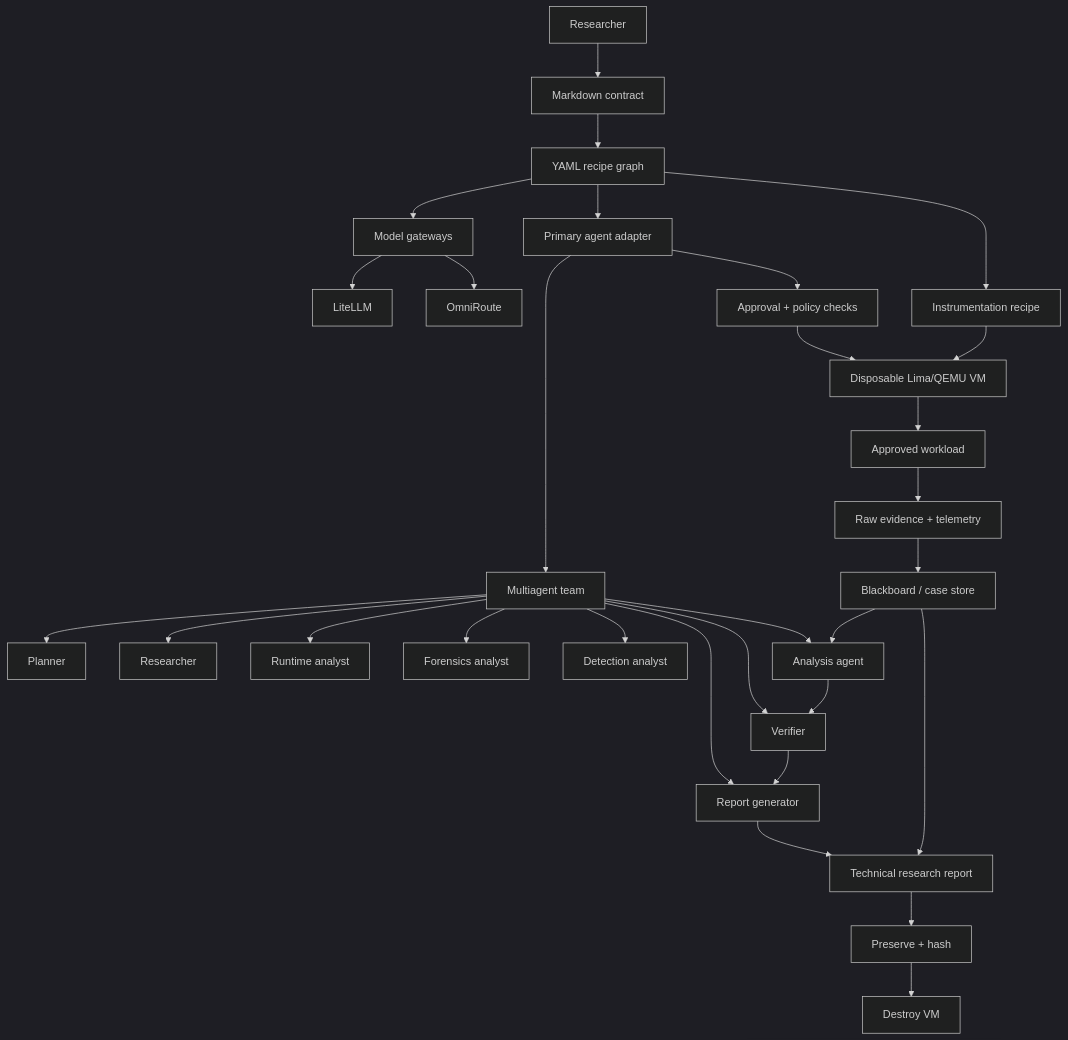
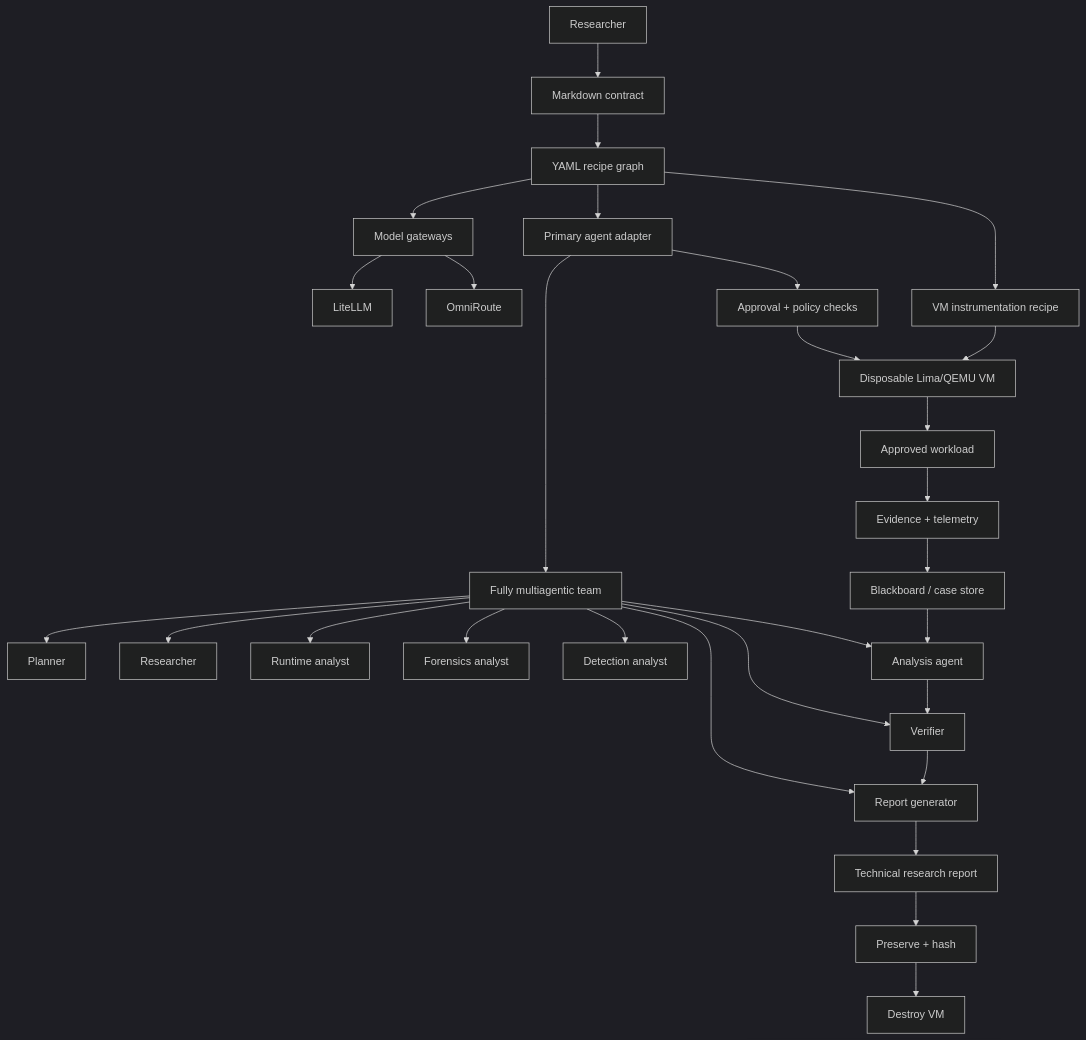
One commit to Opposum0112/Cusimanse changed the diagram in README.md. Above: the diagram before and after it, drawn with Mermaid (dark theme). The commit also changed other lines of this file, not shown here.

Commit message:
docs: clarify multiagent workflow and experiment lifecycle

````diff
--- a/README.md
+++ b/README.md
@@ -11,32 +11,31 @@
 ```mermaid
 flowchart TD
   H[Researcher] --> C[Markdown contract]
   C --> R[YAML recipe graph]
   R --> A[Primary agent adapter]
-  A --> TEAM[Multiagent team]
+  A --> TEAM[Fully multiagentic team]
   TEAM --> P[Planner]
   TEAM --> RS[Researcher]
   TEAM --> RA[Runtime analyst]
   TEAM --> FO[Forensics analyst]
   TEAM --> DA[Detection analyst]
   TEAM --> V[Verifier]
   TEAM --> AN[Analysis agent]
   TEAM --> RG[Report generator]
   R --> G[Model gateways]
   G --> L[LiteLLM]
   G --> O[OmniRoute]
   A --> AP[Approval + policy checks]
   AP --> VM[Disposable Lima/QEMU VM]
-  R --> I[Instrumentation recipe]
+  R --> I[VM instrumentation recipe]
   I --> VM
   VM --> W[Approved workload]
-  W --> E[Raw evidence + telemetry]
+  W --> E[Evidence + telemetry]
   E --> BB[Blackboard / case store]
   BB --> AN
   AN --> V
   V --> RG
   RG --> RR[Technical research report]
-  BB --> RR
   RR --> PR[Preserve + hash]
   PR --> D[Destroy VM]
 ```
````
